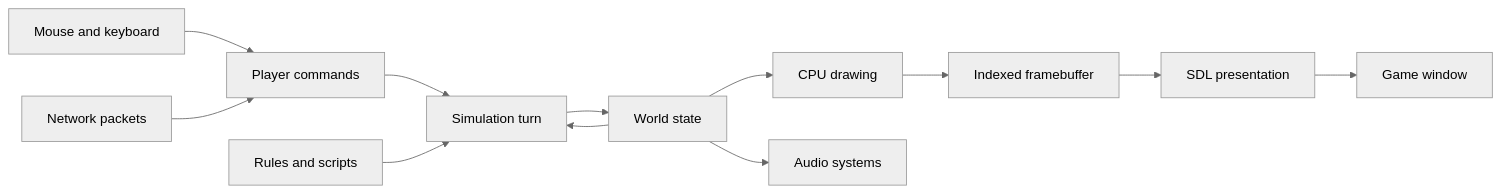
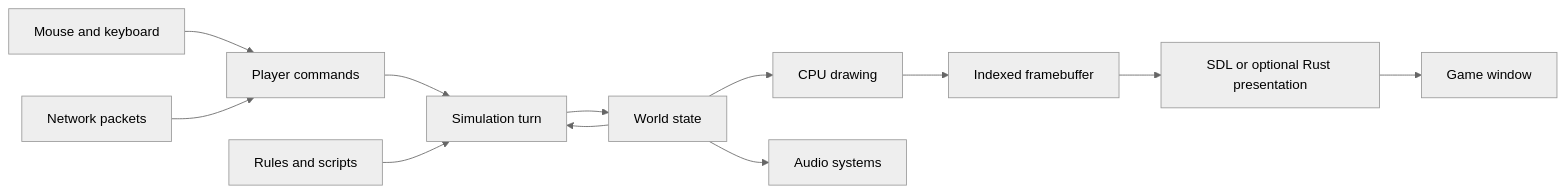
Before and after one commit to zillakot/keeperfx: the first of 2 diagrams in docs/architecture/project-overview.md, drawn with Mermaid (neutral theme). The commit also changed other lines of this file and 21 other files, not shown here.

Commit message:
Connect optional Rust wgpu presentation to live SDL gameplay

````diff
--- a/docs/architecture/project-overview.md
+++ b/docs/architecture/project-overview.md
@@ -54,14 +55,14 @@
 ```mermaid
 flowchart LR
     input[Mouse and keyboard] --> commands[Player commands]
     network[Network packets] --> commands
     commands --> simulation[Simulation turn]
     rules[Rules and scripts] --> simulation
     simulation --> state[World state]
     state --> simulation
     state --> draw[CPU drawing]
     draw --> pixels[Indexed framebuffer]
-    pixels --> display[SDL presentation]
+    pixels --> display[SDL or optional Rust presentation]
     display --> window[Game window]
     state --> audio[Audio systems]
 ```
````
